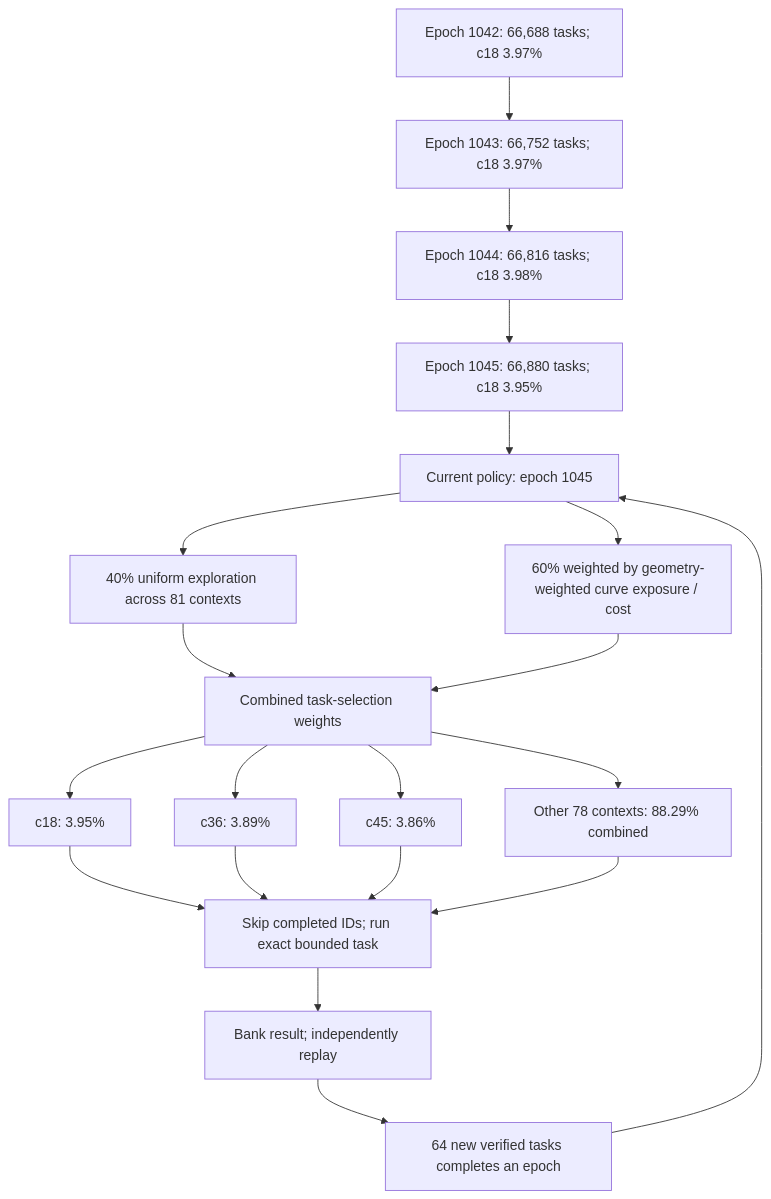
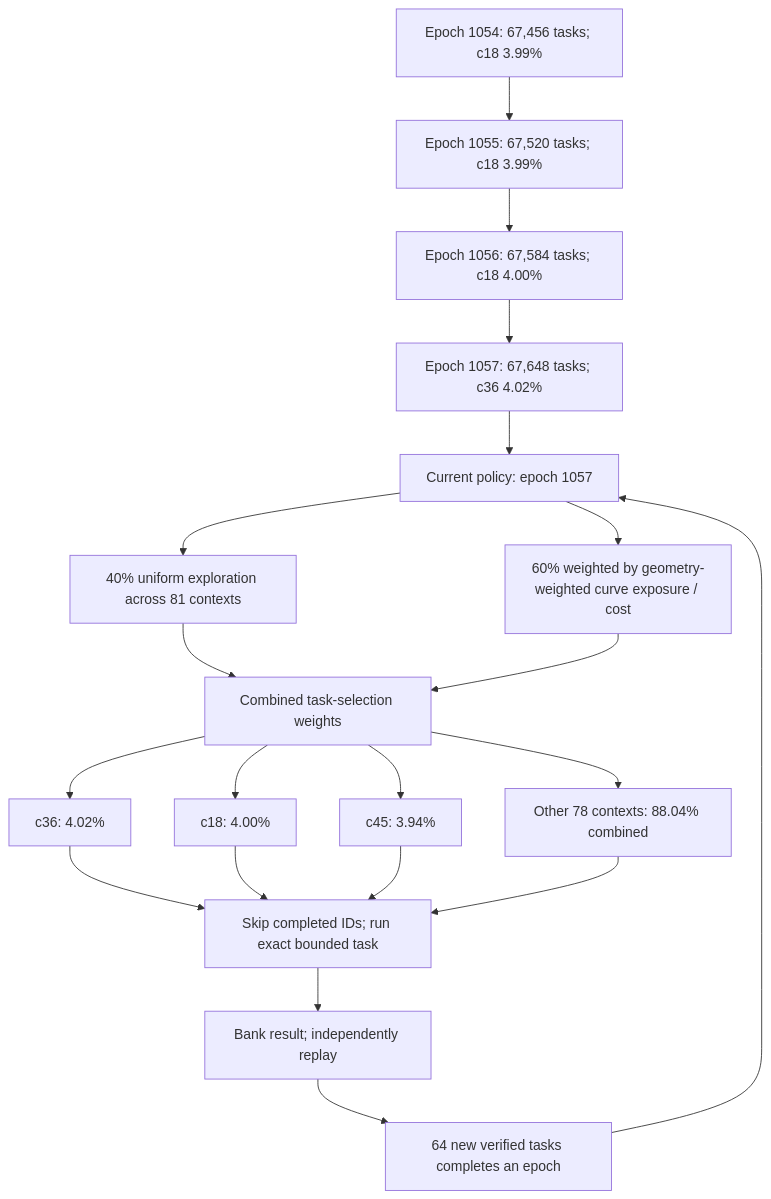
The first of 3 diagrams in README.md (Kuberwastaken/math-gambling), drawn with Mermaid before and after one commit. The commit also changed other lines of this file and 1644 other files, not shown here.

````diff
--- a/README.md
+++ b/README.md
@@ -55,27 +55,27 @@
 ```mermaid
 flowchart TD
-    H0["Epoch 1042: 66,688 tasks; c18 3.97%"]
-    H1["Epoch 1043: 66,752 tasks; c18 3.97%"]
+    H0["Epoch 1054: 67,456 tasks; c18 3.99%"]
+    H1["Epoch 1055: 67,520 tasks; c18 3.99%"]
     H0 --> H1
-    H2["Epoch 1044: 66,816 tasks; c18 3.98%"]
+    H2["Epoch 1056: 67,584 tasks; c18 4.00%"]
     H1 --> H2
-    H3["Epoch 1045: 66,880 tasks; c18 3.95%"]
+    H3["Epoch 1057: 67,648 tasks; c36 4.02%"]
     H2 --> H3
-    Policy["Current policy: epoch 1045"]
+    Policy["Current policy: epoch 1057"]
     H3 --> Policy
     Policy --> Explore["40% uniform exploration across 81 contexts"]
     Policy --> Cost["60% weighted by geometry-weighted curve exposure / cost"]
     Explore --> Mix["Combined task-selection weights"]
     Cost --> Mix
-    Mix --> C0["c18: 3.95%"]
-    Mix --> C1["c36: 3.89%"]
-    Mix --> C2["c45: 3.86%"]
-    Mix --> Rest["Other 78 contexts: 88.29% combined"]
+    Mix --> C0["c36: 4.02%"]
+    Mix --> C1["c18: 4.00%"]
+    Mix --> C2["c45: 3.94%"]
+    Mix --> Rest["Other 78 contexts: 88.04% combined"]
     C0 --> Check["Skip completed IDs; run exact bounded task"]
     C1 --> Check
     C2 --> Check
     Rest --> Check
     Check --> Replay["Bank result; independently replay"]
     Replay --> Gate["64 new verified tasks completes an epoch"]
     Gate --> Policy
 ```
````
